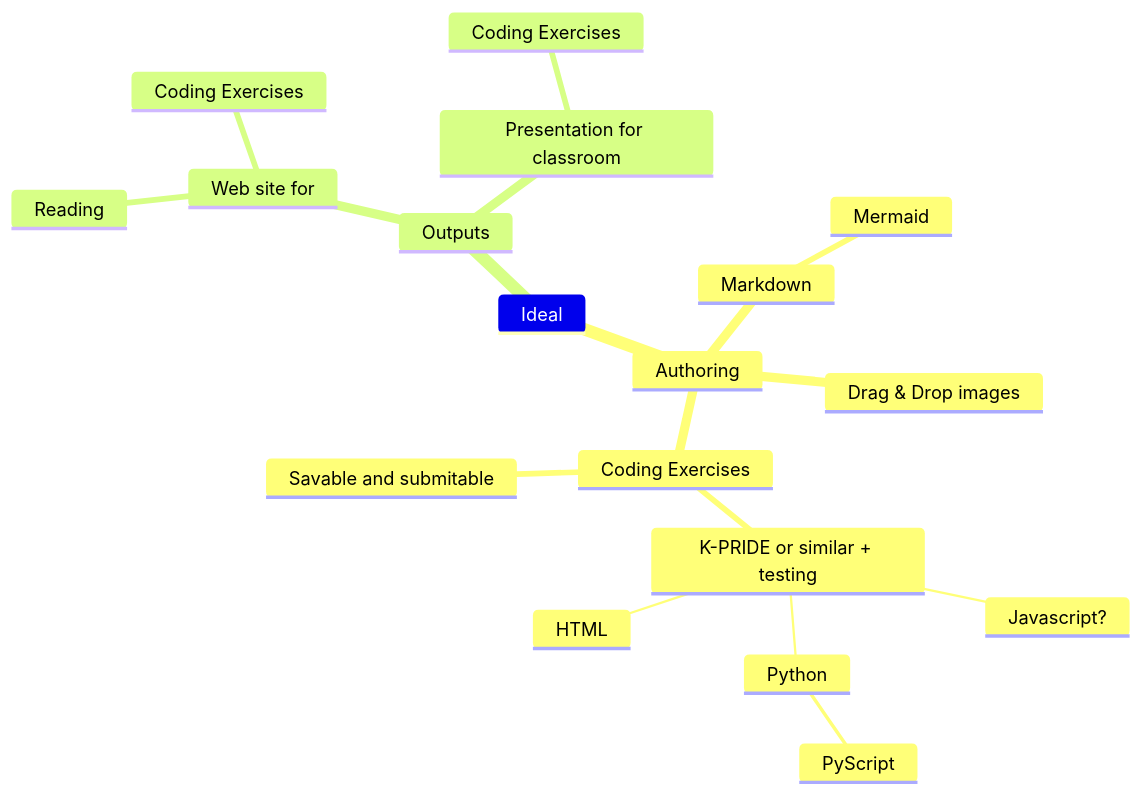
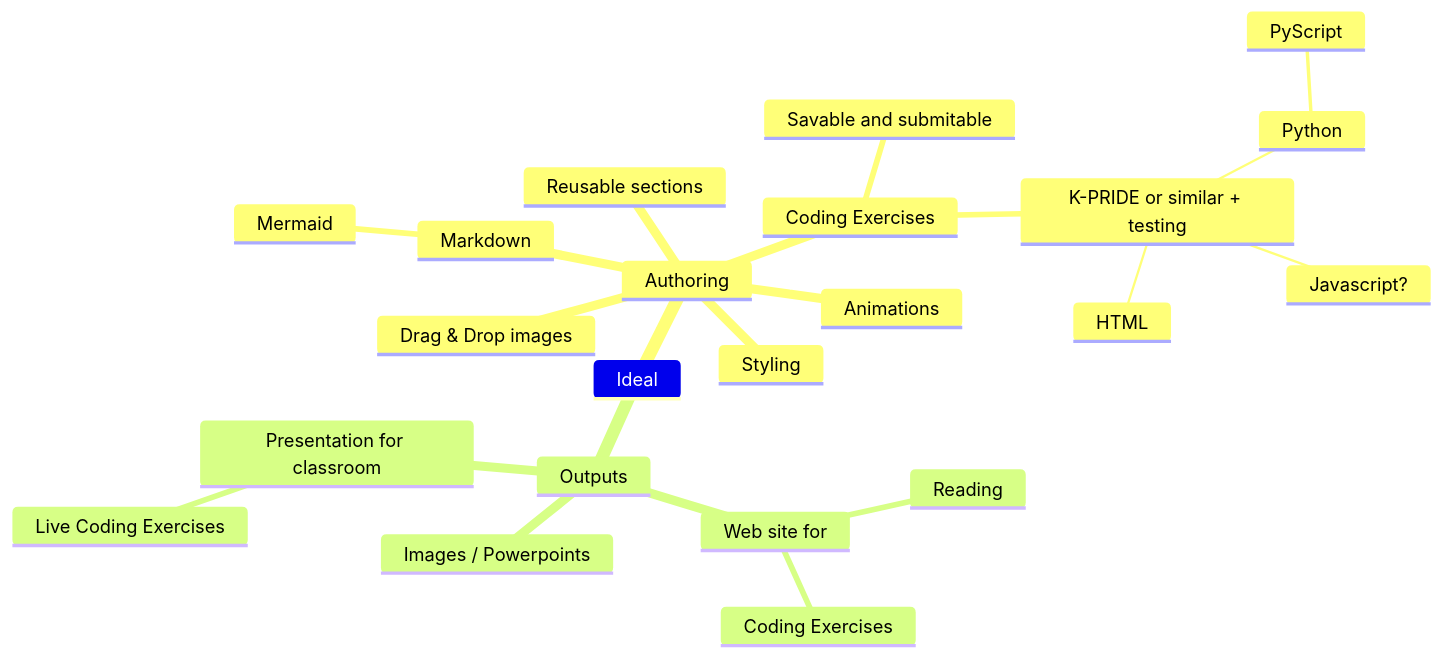
One commit to stretchyboy/notes-site changed the diagram in content/Education Ideas/Ideal Teaching System.md. Above: the diagram before and after it, drawn with Mermaid.

Commit message:
Update Ideal Teaching System.md

````diff
--- a/content/Education Ideas/Ideal Teaching System.md
+++ b/content/Education Ideas/Ideal Teaching System.md
@@ -2,22 +2,25 @@
 ```mermaid
 mindmap
 Ideal
 	Authoring
 		Markdown
 			Mermaid
+		Reusable sections
+		Animations
+		Styling
 		Drag & Drop images
 		Coding Exercises
 			K-PRIDE or similar + testing
 				Python
 					PyScript
 				Javascript?
 				HTML
 			Savable and submitable
 	Outputs
 		Web site for
 			Reading
 			Coding Exercises
 		Presentation for classroom
-			Coding Exercises
-					
+			Live Coding Exercises
+		Images / Powerpoints 
 ```
````
